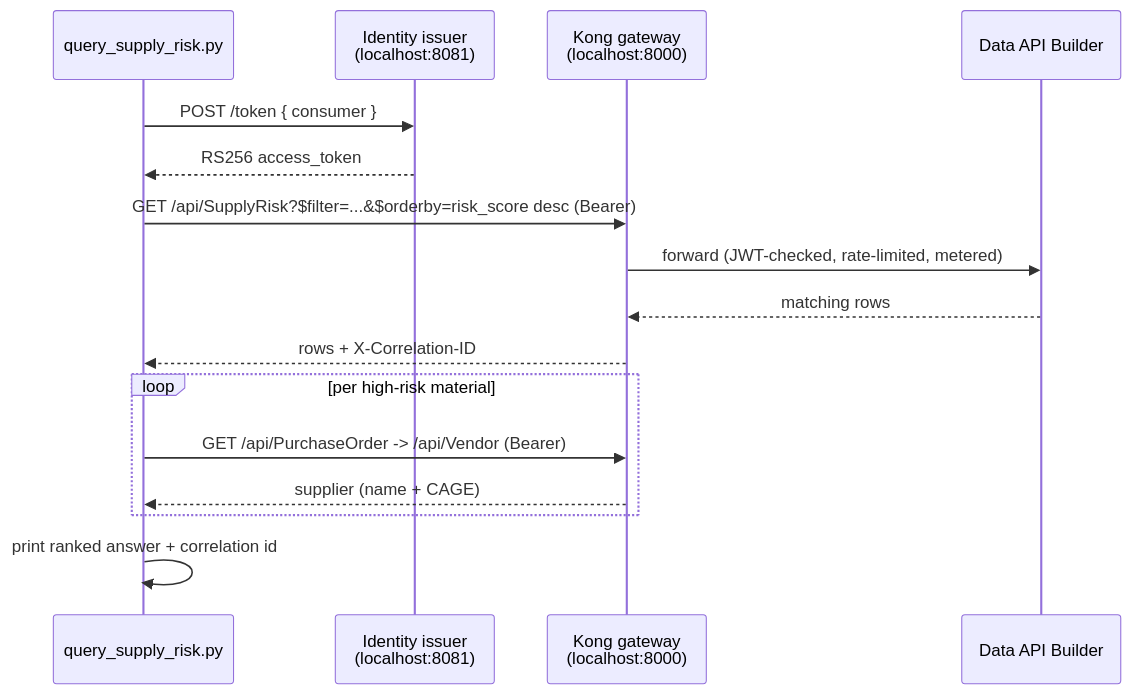
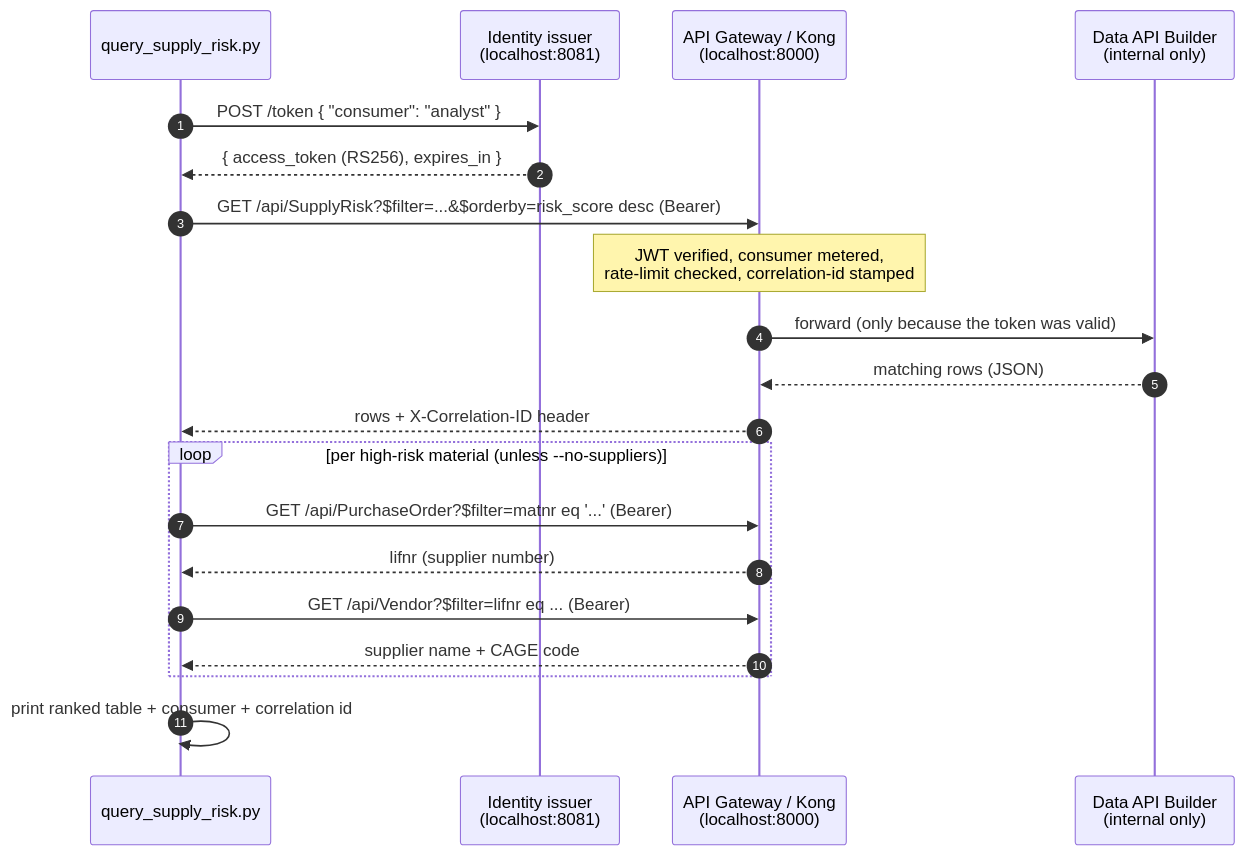
The second of 2 diagrams in client/README.md (fgarofalo56/nasa-api-first-poc), drawn with Mermaid before and after one commit. The commit also changed other lines of this file and 40 other files, not shown here.

````diff
--- a/client/README.md
+++ b/client/README.md
@@ -38,19 +123,23 @@
 ```mermaid
 sequenceDiagram
+    autonumber
     participant CLI as query_supply_risk.py
     participant ID as Identity issuer<br/>(localhost:8081)
-    participant Kong as Kong gateway<br/>(localhost:8000)
-    participant DAB as Data API Builder
+    participant Kong as API Gateway / Kong<br/>(localhost:8000)
+    participant DAB as Data API Builder<br/>(internal only)
 
-    CLI->>ID: POST /token { consumer }
-    ID-->>CLI: RS256 access_token
-    CLI->>Kong: GET /api/SupplyRisk?$filter=...&$orderby=risk_score desc (Bearer)
-    Kong->>DAB: forward (JWT-checked, rate-limited, metered)
-    DAB-->>Kong: matching rows
-    Kong-->>CLI: rows + X-Correlation-ID
-    loop per high-risk material
-        CLI->>Kong: GET /api/PurchaseOrder -> /api/Vendor (Bearer)
-        Kong-->>CLI: supplier (name + CAGE)
+    CLI->>ID: POST /token { "consumer": "analyst" }
+    ID-->>CLI: { access_token (RS256), expires_in }
+    CLI->>Kong: GET /api/SupplyRisk?$filter=...&$orderby=risk_score desc  (Bearer)
+    Note over Kong: JWT verified, consumer metered,<br/>rate-limit checked, correlation-id stamped
+    Kong->>DAB: forward (only because the token was valid)
+    DAB-->>Kong: matching rows (JSON)
+    Kong-->>CLI: rows + X-Correlation-ID header
+    loop per high-risk material (unless --no-suppliers)
+        CLI->>Kong: GET /api/PurchaseOrder?$filter=matnr eq '...'  (Bearer)
+        Kong-->>CLI: lifnr (supplier number)
+        CLI->>Kong: GET /api/Vendor?$filter=lifnr eq ...  (Bearer)
+        Kong-->>CLI: supplier name + CAGE code
     end
-    CLI->>CLI: print ranked answer + correlation id
+    CLI->>CLI: print ranked table + consumer + correlation id
 ```
````
